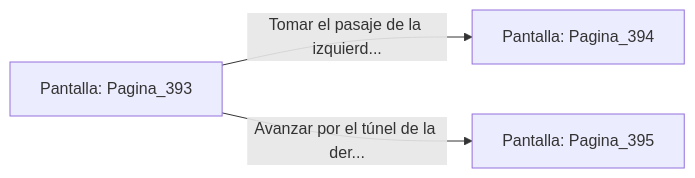
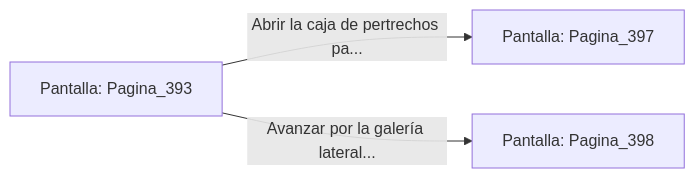
The diagram in sample/eligejuego-vault/Pantalla_Pagina_393.md (metsuke/mpl), drawn with Mermaid before and after one commit. The commit also changed other lines of this file and 635 other files, not shown here.

First line of the commit message:
fix: añadir Pagina_1 como pantalla inicial en capitulo_01.mpl

````diff
--- a/sample/eligejuego-vault/Pantalla_Pagina_393.md
+++ b/sample/eligejuego-vault/Pantalla_Pagina_393.md
@@ -20,6 +24,6 @@
 ```mermaid
 graph LR
     P_Pagina_393["Pantalla: Pagina_393"]
-    P_Pagina_393 -->|"Tomar el pasaje de la izquierd..."| P_Pagina_394["Pantalla: Pagina_394"]
-    P_Pagina_393 -->|"Avanzar por el túnel de la der..."| P_Pagina_395["Pantalla: Pagina_395"]
+    P_Pagina_393 -->|"Abrir la caja de pertrechos pa..."| P_Pagina_397["Pantalla: Pagina_397"]
+    P_Pagina_393 -->|"Avanzar por la galería lateral..."| P_Pagina_398["Pantalla: Pagina_398"]
 ```
````
